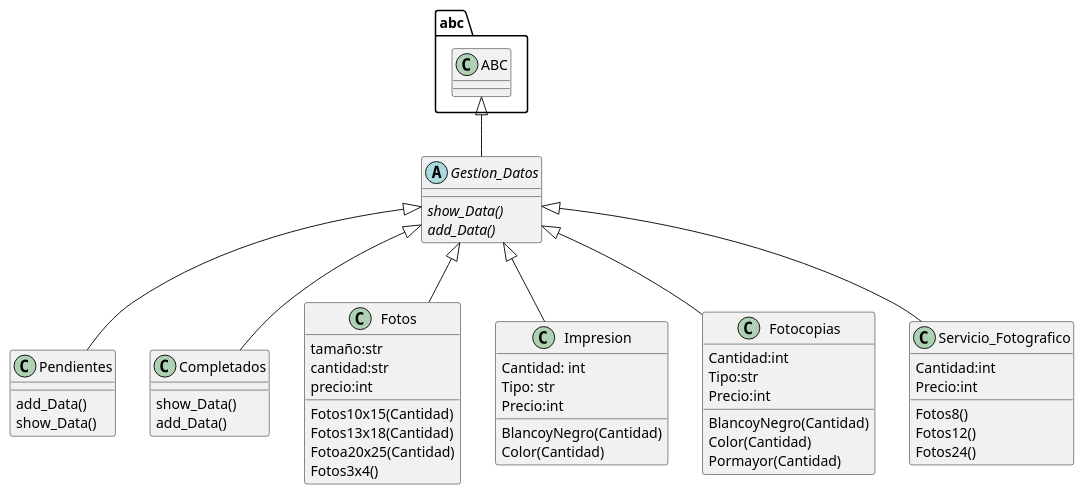
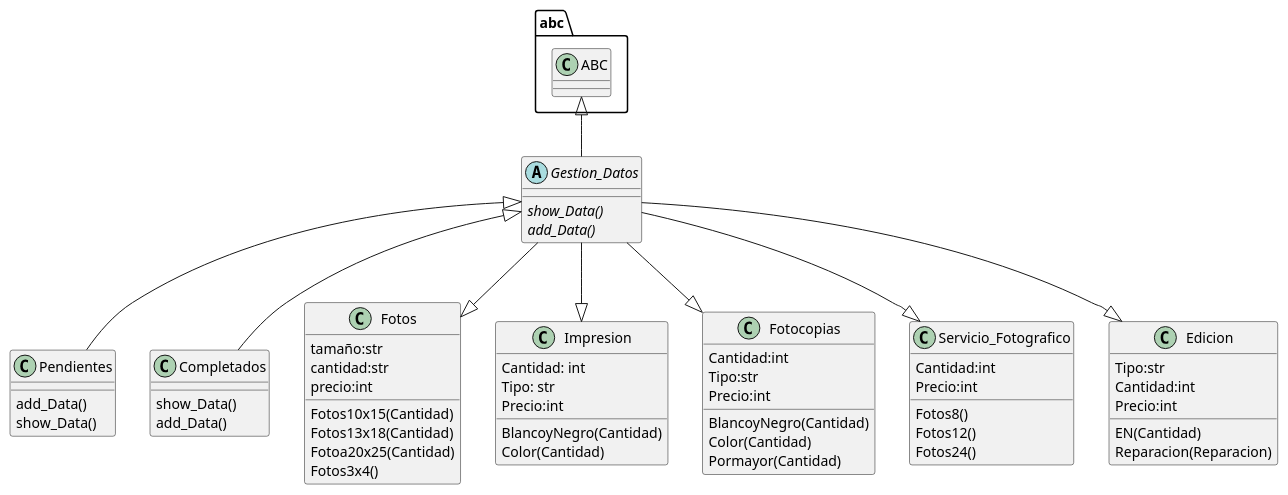
Before and after one commit to endercarteam/JI_Project: the diagram in JI_Project.puml, drawn with PlantUML.

```diff
--- a/JI_Project.puml
+++ b/JI_Project.puml
@@ -1,56 +1,64 @@
 @startuml
 class abc.ABC{
 }
 Abstract Gestion_Datos{
 {Abstract} show_Data()
 {Abstract} add_Data()
 
 }
 class Pendientes{
 add_Data()
 show_Data()
 }
 class Completados{
 show_Data()
 add_Data()
 }
 class Fotos{
 tamaño:str
 cantidad:str
 precio:int
 Fotos10x15(Cantidad)
 Fotos13x18(Cantidad)
 Fotoa20x25(Cantidad)
 Fotos3x4()
 }
 class Impresion{
 Cantidad: int
 Tipo: str
 Precio:int
 BlancoyNegro(Cantidad)
 Color(Cantidad)
 }
 class Fotocopias{
 Cantidad:int
 Tipo:str
 Precio:int
 BlancoyNegro(Cantidad)
 Color(Cantidad)
 Pormayor(Cantidad)
 }
 class Servicio_Fotografico{
 Cantidad:int
 Precio:int
 Fotos8()
 Fotos12()
 Fotos24()
 
 }
-Gestion_Datos <|-- Servicio_Fotografico
-Gestion_Datos <|-- Fotocopias
-Gestion_Datos <|-- Impresion
-Gestion_Datos <|-- Fotos
+class Edicion{
+Tipo:str
+Cantidad:int
+Precio:int
+EN(Cantidad)
+Reparacion(Reparacion)
+}
+Gestion_Datos --|> Edicion
+Gestion_Datos --|> Servicio_Fotografico
+Gestion_Datos --|> Fotocopias
+Gestion_Datos --|> Impresion
+Gestion_Datos --|> Fotos
 Gestion_Datos <|-- Pendientes
 Gestion_Datos <|--Completados
 abc.ABC <|-- Gestion_Datos
 @enduml
```
